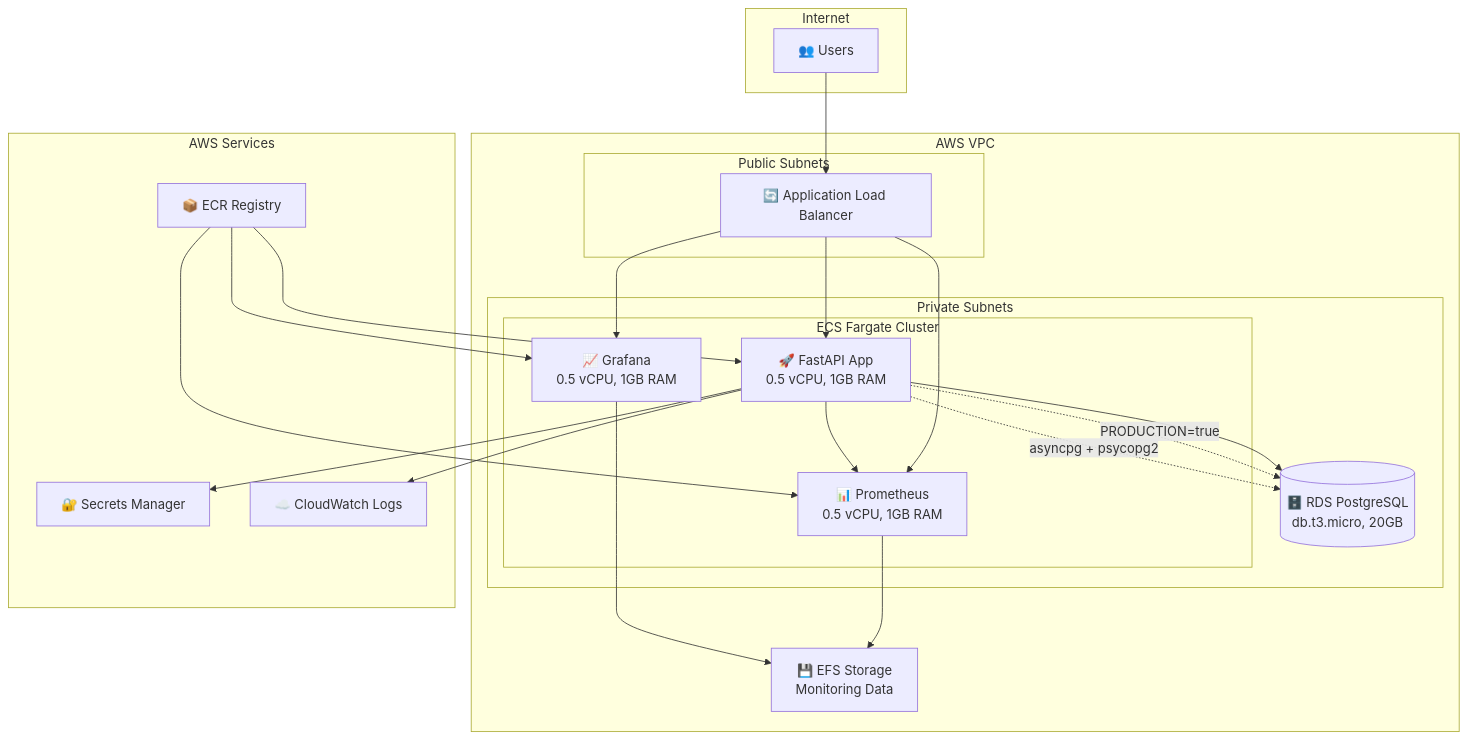
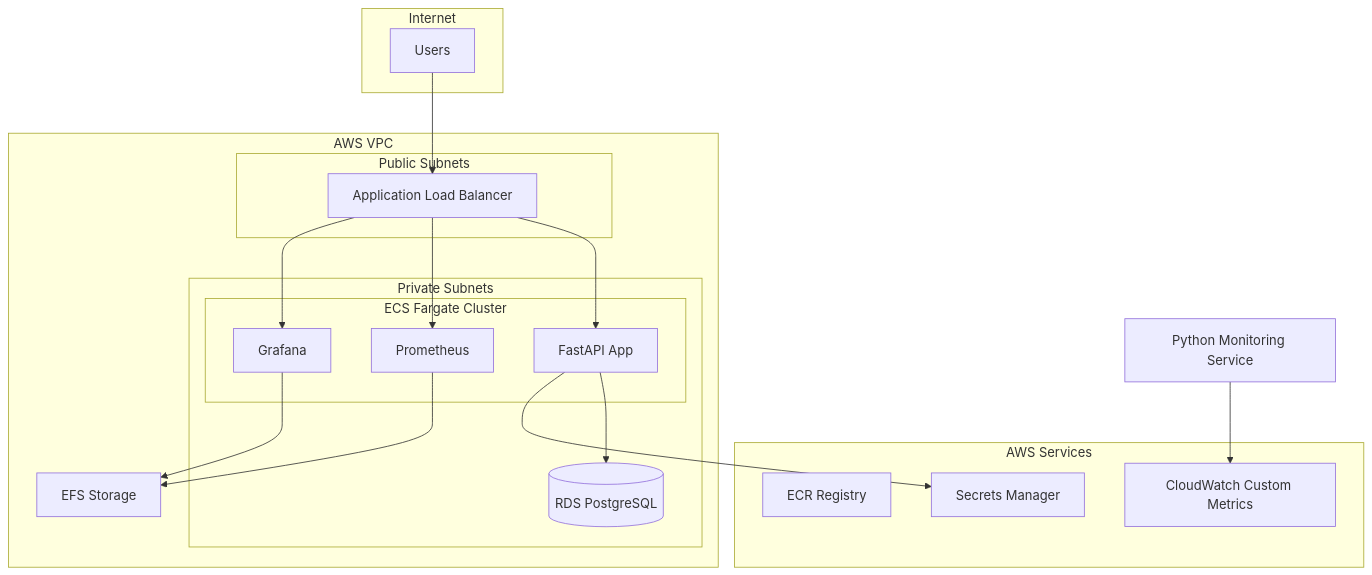
Before and after one commit to phaa/dyno-agent: the first of 3 diagrams in docs/INFRASTRUCTURE.md, drawn with Mermaid. The commit also changed other lines of this file and 21 other files, not shown here.

````diff
--- a/docs/INFRASTRUCTURE.md
+++ b/docs/INFRASTRUCTURE.md
@@ -14,55 +55,40 @@
 ```mermaid
 graph TB
     subgraph "Internet"
-        Users[👥 Users]
+        Users[Users]
     end
-    
+
     subgraph "AWS VPC"
         subgraph "Public Subnets"
-            ALB[🔄 Application Load Balancer]
+            ALB[Application Load Balancer]
         end
-        
+
         subgraph "Private Subnets"
             subgraph "ECS Fargate Cluster"
-                FastAPI[🚀 FastAPI App<br/>0.5 vCPU, 1GB RAM]
-                Prometheus[📊 Prometheus<br/>0.5 vCPU, 1GB RAM]
-                Grafana[📈 Grafana<br/>0.5 vCPU, 1GB RAM]
+                FastAPI[FastAPI App]
+                Prometheus[Prometheus]
+                Grafana[Grafana]
             end
-            
-            RDS[(🗄️ RDS PostgreSQL<br/>db.t3.micro, 20GB)]
+
+            RDS[(RDS PostgreSQL)]
         end
-        
-        EFS[💾 EFS Storage<br/>Monitoring Data]
+
+        EFS[EFS Storage]
     end
-    
+
     subgraph "AWS Services"
-        ECR[📦 ECR Registry]
-        Secrets[🔐 Secrets Manager]
-        CloudWatch[☁️ CloudWatch Logs]
+        ECR[ECR Registry]
+        Secrets[Secrets Manager]
+        CloudWatch[CloudWatch Custom Metrics]
     end
-    
-    %% User Flow
+
     Users --> ALB
     ALB --> FastAPI
     ALB --> Prometheus
     ALB --> Grafana
-    
-    %% Data Flow
     FastAPI --> RDS
-    FastAPI --> Secrets
     Prometheus --> EFS
     Grafana --> EFS
-    
-    %% Deployment Flow
-    ECR --> FastAPI
-    ECR --> Prometheus
-    ECR --> Grafana
-    
-    %% Monitoring Flow
-    FastAPI --> CloudWatch
-    FastAPI --> Prometheus
-    
-    %% Environment Detection
-    FastAPI -.->|PRODUCTION=true| RDS
-    FastAPI -.->|asyncpg + psycopg2| RDS
+    FastAPI --> Secrets
+    MonitoringService[Python Monitoring Service] --> CloudWatch
 ```
````
